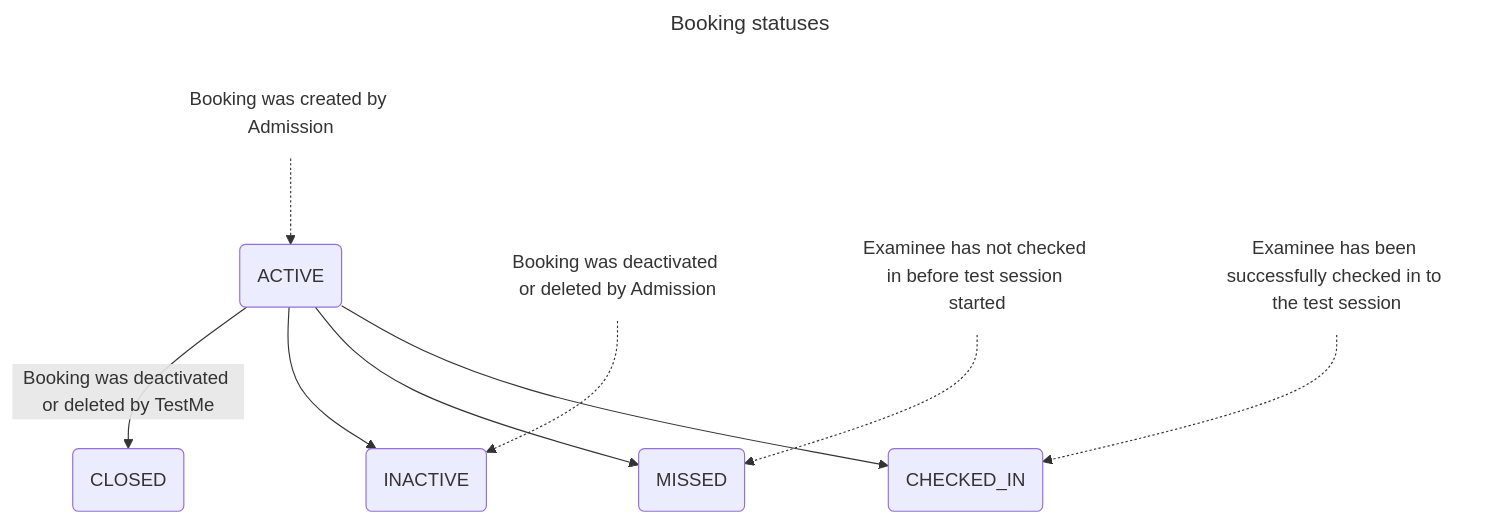
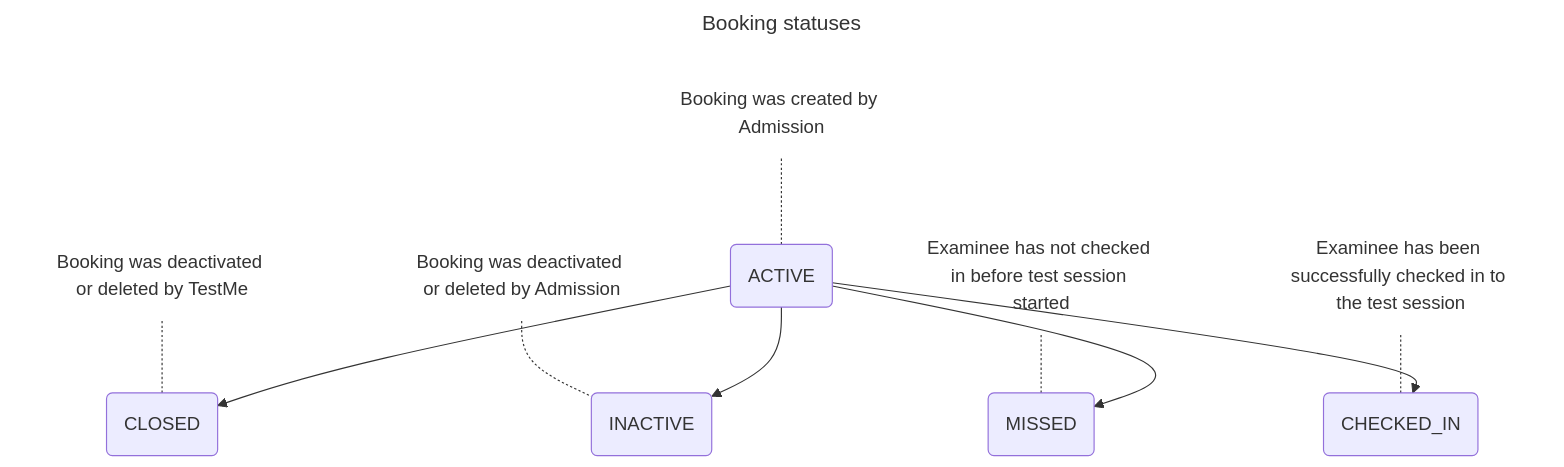
The first of 5 diagrams in README.md (PavelBui/AtlasVault), drawn with Mermaid before and after one commit. The commit also changed other lines of this file, not shown here.

Commit message:
Updated Mermaid

````diff
--- a/README.md
+++ b/README.md
@@ -49,15 +49,16 @@
 ```mermaid
 ---
 title: Booking statuses
 ---
 graph TD
-  TA[Booking was created by Admission]:::noBorder-.->A(ACTIVE)
-  TI[Booking was deactivated or deleted by Admission]:::noBorder-.->I(INACTIVE)
-  TM[Examinee has not checked in before test session started]:::noBorder-.->M(MISSED)
-  TCI[Examinee has been successfully checked in to the test session]:::noBorder-.->CI(CHECKED_IN)
-  A-- Booking was deactivated or deleted by TestMe -->C(CLOSED);
+  TA[Booking was created by Admission]:::noBorder-.-A(ACTIVE)
+  TI[Booking was deactivated or deleted by Admission]:::noBorder-.-I(INACTIVE)
+  TM[Examinee has not checked in before test session started]:::noBorder-.-M(MISSED)
+  TCI[Examinee has been successfully checked in to the test session]:::noBorder-.-CI(CHECKED_IN)
+  TC[Booking was deactivated or deleted by TestMe]:::noBorder-.-C(CLOSED)
+  A-->C;
   A-->I;
   A-->M;
   A-->CI;
   classDef noBorder stroke-width:0,fill:transparent;
 ```
````
